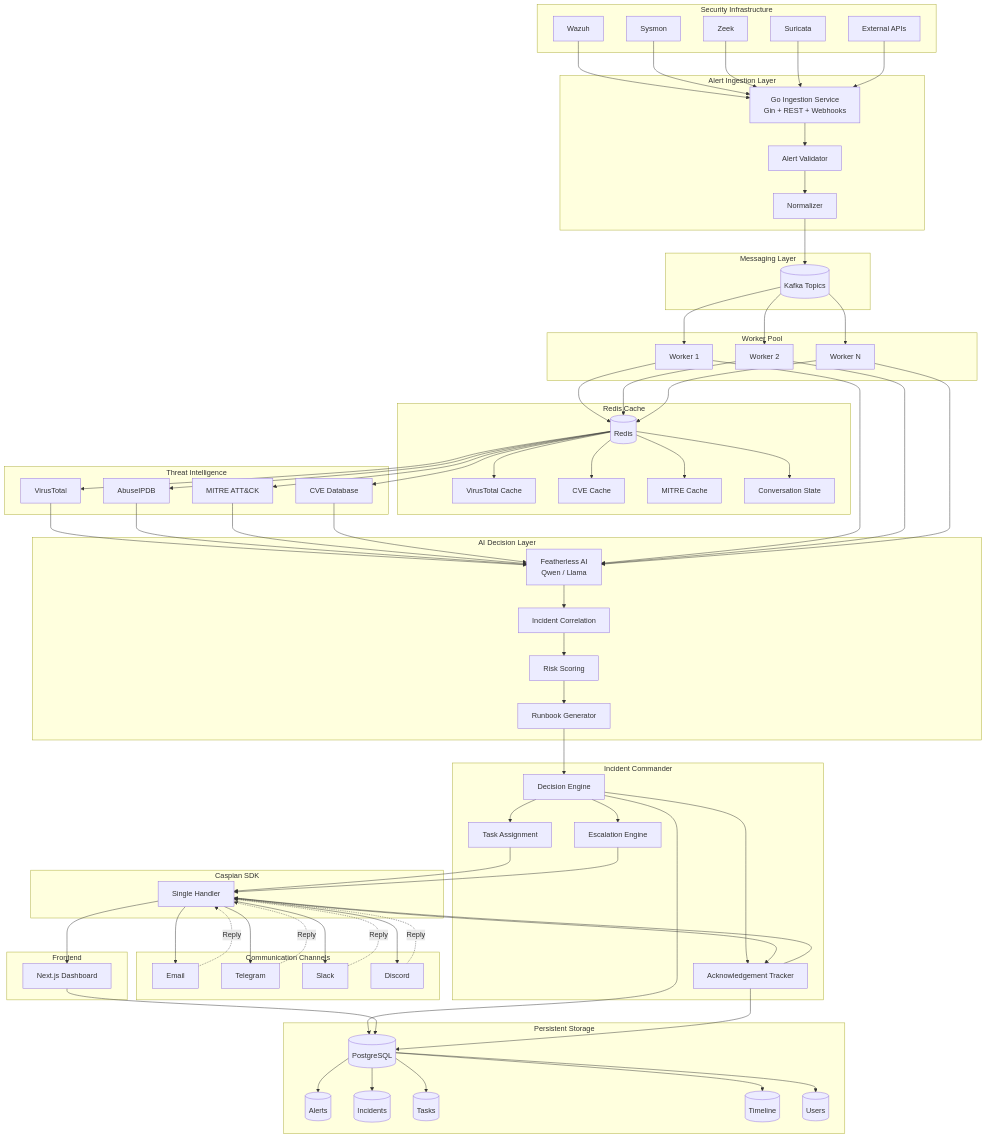
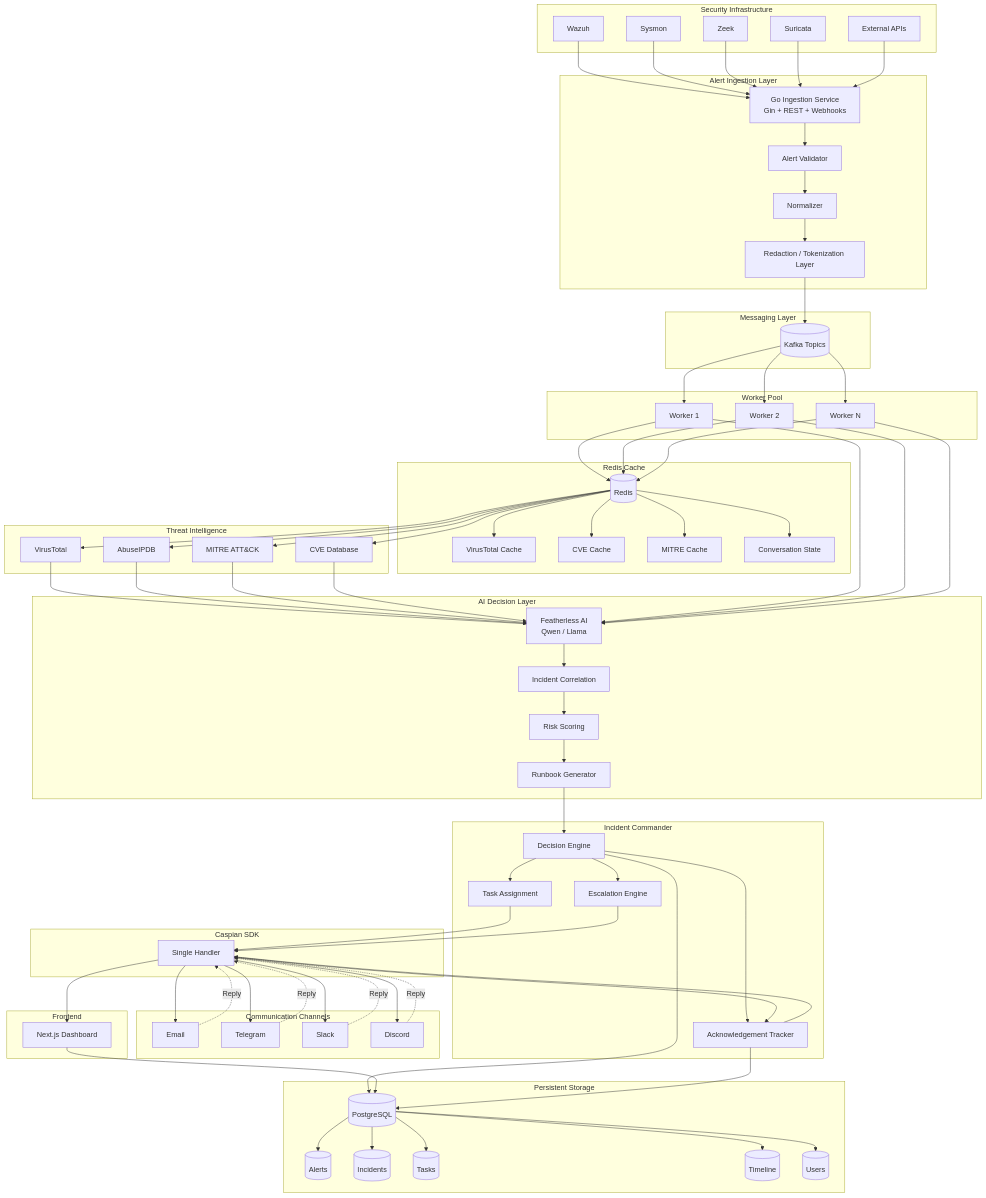
One commit to harshit-technocrat11/vulcan.ai changed the diagram in docs/HLD/README.md. Above: the diagram before and after it, drawn with Mermaid. The commit also changed 2 other files, not shown here.

Commit message:
docs: initialize architecture documentation with system flow diagrams and project configuration

```diff
--- a/docs/HLD/README.md
+++ b/docs/HLD/README.md
@@ -23,6 +23,7 @@
     ING[Go Ingestion Service<br/>Gin + REST + Webhooks]
     VAL[Alert Validator]
     NOR[Normalizer]
+    TOK[Redaction / Tokenization Layer]
 end
 
 W --> ING
@@ -33,6 +34,7 @@
 
 ING --> VAL
 VAL --> NOR
+NOR --> TOK
 
 %% ==============================
 %% Event Queue
@@ -42,7 +44,7 @@
     KAFKA[(Kafka Topics)]
 end
 
-NOR --> KAFKA
+TOK --> KAFKA
 
 %% ==============================
 %% Worker Pool
```
